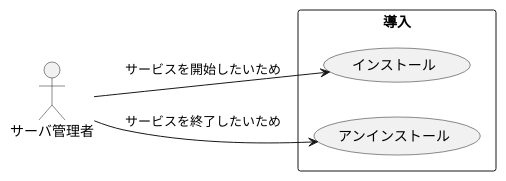
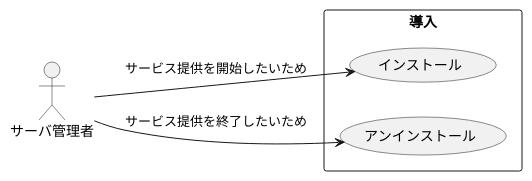
Before and after one commit to peregrin8alde/learn-ossdb-gold: the diagram in site/content/ja/docs/Appendix/uml/usecase/install/usecases.puml, drawn with PlantUML. The commit also changed 1 other file, not shown here.

```diff
--- a/site/content/ja/docs/Appendix/uml/usecase/install/usecases.puml
+++ b/site/content/ja/docs/Appendix/uml/usecase/install/usecases.puml
@@ -1,24 +1,24 @@
 @startuml
 left to right direction
 
 /'
 actor "誰が" as who
 
 rectangle "いつ" {
   usecase "何をしたい" as UC1
 }
 who --> (UC1) : 何故
 '/
 
 actor "サーバ管理者" as admin
 
 rectangle "導入" {
   usecase "インストール" as UC1
   usecase "アンインストール" as UC2
 }
-admin --> (UC1) : サービスを開始したいため
-admin --> (UC2) : サービスを終了したいため
+admin --> (UC1) : サービス提供を開始したいため
+admin --> (UC2) : サービス提供を終了したいため
 
 
 
 @enduml
```
